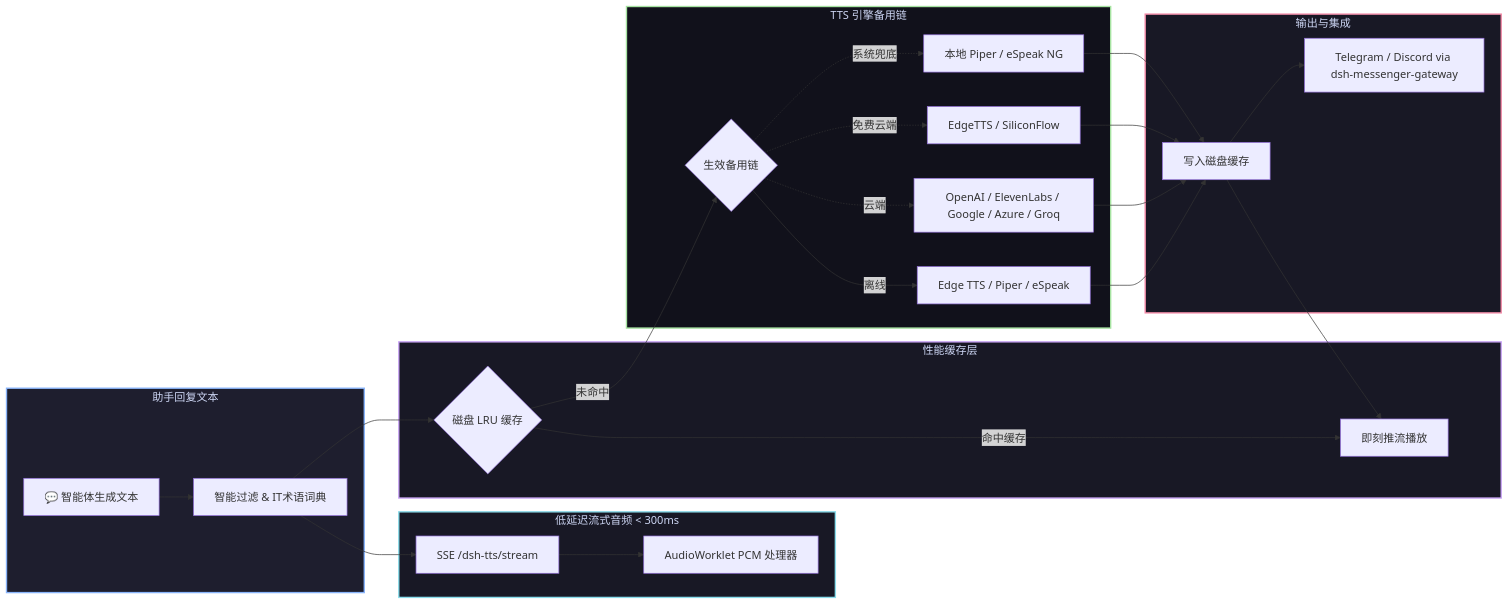
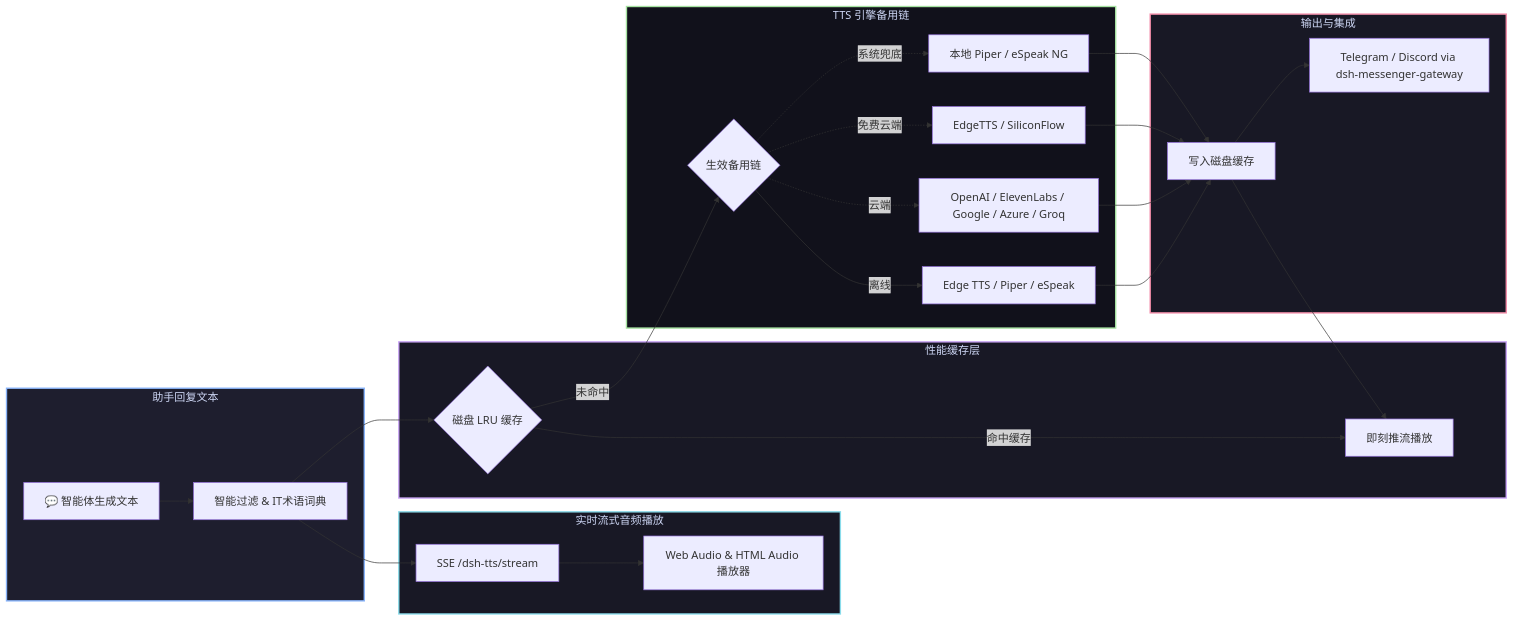
The diagram in README.zh.md (GooDAnDReaDY/dsh-tts), drawn with Mermaid before and after one commit. The commit also changed other lines of this file and 19 other files, not shown here.

````diff
--- a/README.zh.md
+++ b/README.zh.md
@@ -44,39 +44,39 @@
 ```mermaid
 graph LR
     subgraph Input [助手回复文本]
         Reply[💬 智能体生成文本] --> Scrub[智能过滤 & IT术语词典]
     end
 
-    subgraph Stream [低延迟流式音频 < 300ms]
+    subgraph Stream [实时流式音频播放]
         Scrub --> SSE[SSE /dsh-tts/stream]
-        SSE --> Worklet[AudioWorklet PCM 处理器]
+        SSE --> Player[Web Audio & HTML Audio 播放器]
     end
 
     subgraph Cache [性能缓存层]
         Scrub --> LRU{磁盘 LRU 缓存}
         LRU -->|命中缓存| Play[即刻推流播放]
     end
 
     subgraph Fallback [TTS 引擎备用链]
         LRU -->|未命中| Chain{生效备用链}
         Chain -->|离线| P1[Edge TTS / Piper / eSpeak]
         Chain -.->|云端| P2[OpenAI / ElevenLabs / Google / Azure / Groq]
         Chain -.->|免费云端| P3[EdgeTTS / SiliconFlow]
         Chain -.->|系统兜底| P4[本地 Piper / eSpeak NG]
     end
 
     subgraph Output [输出与集成]
         P1 --> Store[写入磁盘缓存]
         P2 --> Store
         P3 --> Store
         P4 --> Store
         Store --> Play
         Store --> Msg[Telegram / Discord via dsh-messenger-gateway]
     end
 
     style Input fill:#1e1e2e,stroke:#89b4fa,stroke-width:2px,color:#cdd6f4
     style Stream fill:#181825,stroke:#89dceb,stroke-width:2px,color:#cdd6f4
     style Cache fill:#181825,stroke:#cba6f7,stroke-width:2px,color:#cdd6f4
     style Fallback fill:#11111b,stroke:#a6e3a1,stroke-width:2px,color:#cdd6f4
     style Output fill:#181825,stroke:#f38ba8,stroke-width:2px,color:#cdd6f4
 ```
````
